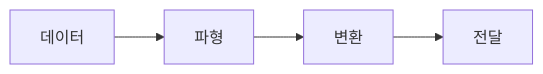
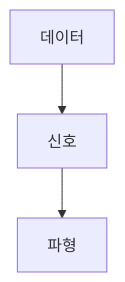
The diagram in ComputerScience/04_systems-infrastructure/computer-networks/notes/03. 신호 처리.md (umyunsang/edu), drawn with Mermaid before and after one commit. The commit also changed other lines of this file and 14 other files, not shown here.

````diff
--- a/ComputerScience/04_systems-infrastructure/computer-networks/notes/03. 신호 처리.md
+++ b/ComputerScience/04_systems-infrastructure/computer-networks/notes/03. 신호 처리.md
@@ -16,6 +19,5 @@
 ```mermaid
-flowchart LR
-    A["데이터"] --> B["파형"]
-    B --> C["변환"]
-    C --> D["전달"]
+flowchart TB
+    A[데이터] --> B[신호]
+    B --> C[파형]
 ```
````
